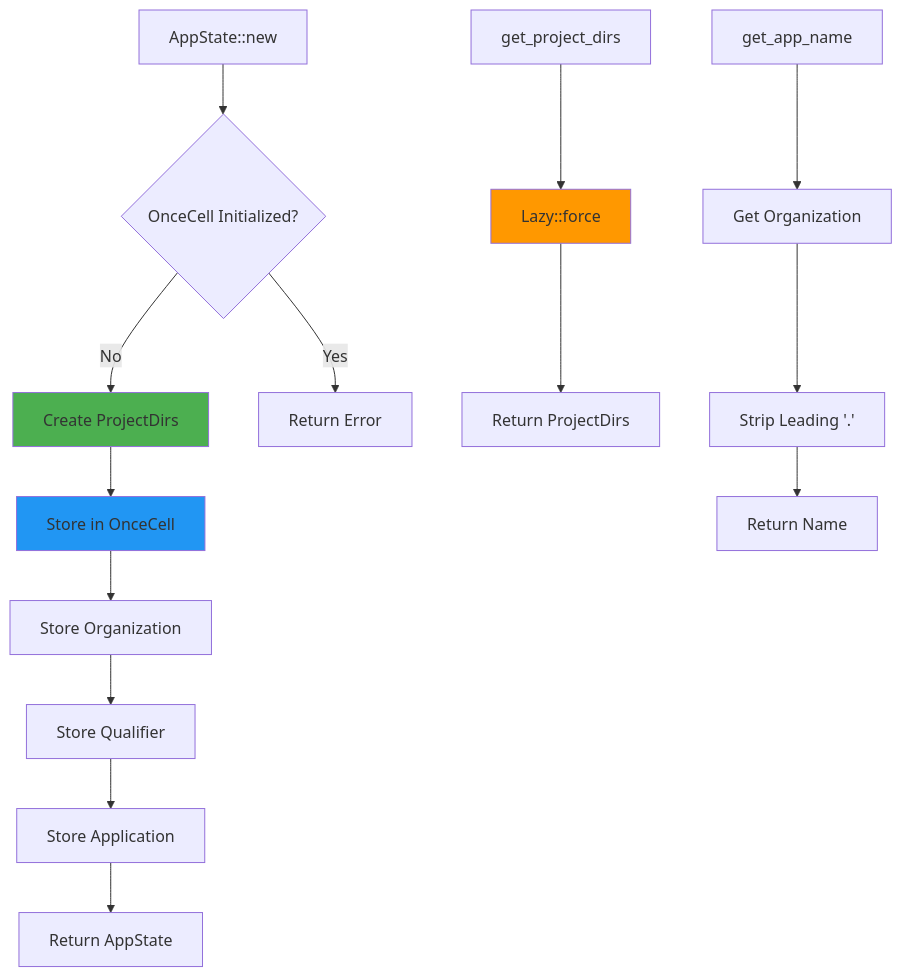
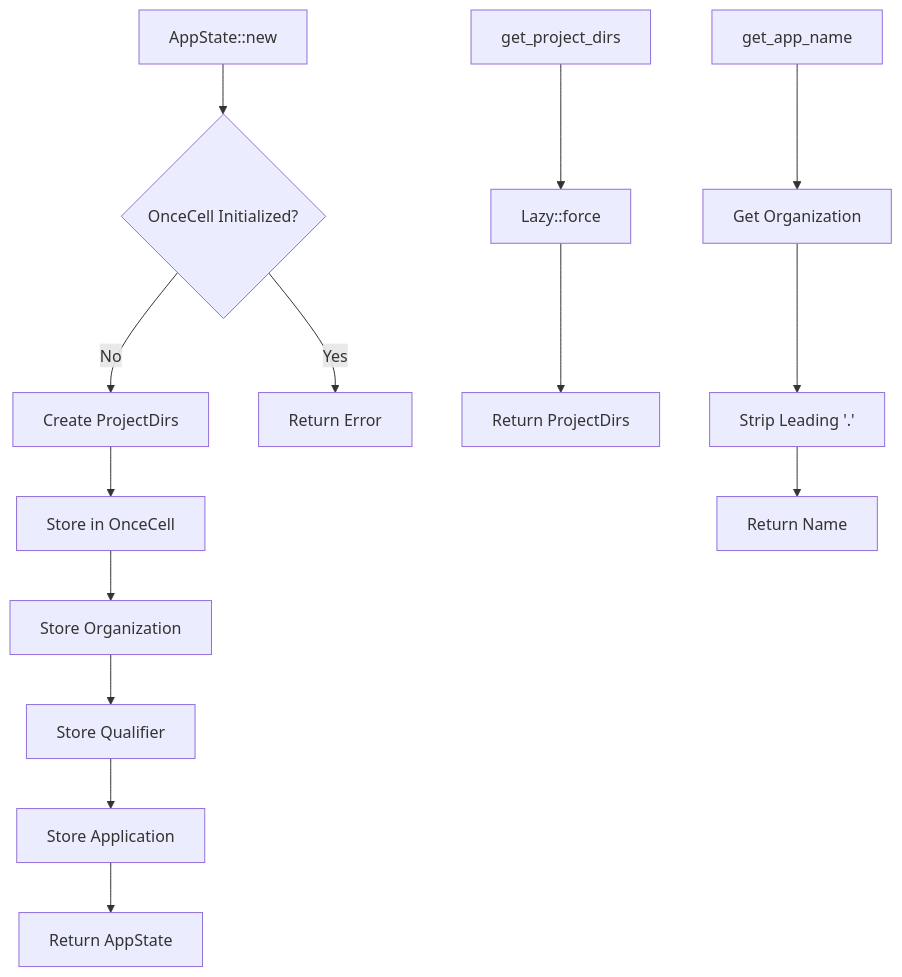
One commit to miguelkix30/LightyLauncherLib changed the diagram in crates/core/docs/app_state.md. Above: the diagram before and after it, drawn with Mermaid. The commit also changed 3 other files, not shown here.

````diff
--- a/crates/core/docs/app_state.md
+++ b/crates/core/docs/app_state.md
@@ -27,23 +27,19 @@
 ```mermaid
-graph TD
+flowchart TD
     A[AppState::new] --> B{OnceCell Initialized?}
     B -->|No| C[Create ProjectDirs]
     B -->|Yes| D[Return Error]
 
     C --> E[Store in OnceCell]
     E --> F[Store Organization]
     F --> G[Store Qualifier]
     G --> H[Store Application]
     H --> I[Return AppState]
 
     J[get_project_dirs] --> K[Lazy::force]
     K --> L[Return ProjectDirs]
 
     M[get_app_name] --> N[Get Organization]
     N --> O[Strip Leading '.']
     O --> P[Return Name]
-
-    style C fill:#4CAF50
-    style E fill:#2196F3
-    style K fill:#FF9800
 ```
````
